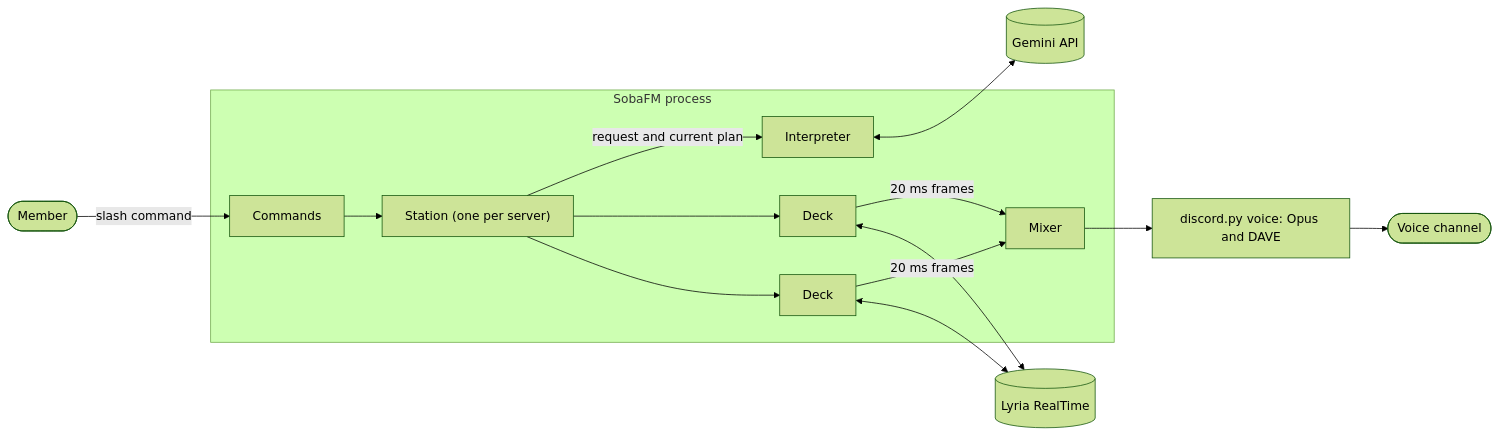
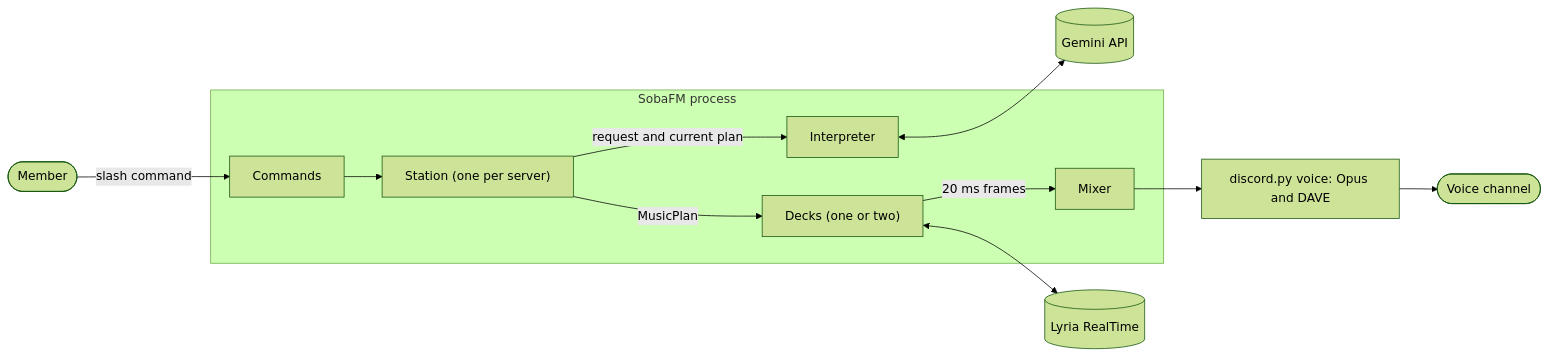
Before and after one commit to slackysoba/sobafm: the diagram in docs/architecture.md, drawn with Mermaid (forest theme).

Commit message:
Simplify the architecture diagram

````diff
--- a/docs/architecture.md
+++ b/docs/architecture.md
@@ -41,17 +41,14 @@
 ```mermaid
 flowchart LR
     member([Member]) -- "slash command" --> commands[Commands]
     subgraph process [SobaFM process]
         commands --> station["Station (one per server)"]
         station -- "request and current plan" --> interpreter[Interpreter]
-        station --> deckA[Deck]
-        station --> deckB[Deck]
-        deckA -- "20 ms frames" --> mixer[Mixer]
-        deckB -- "20 ms frames" --> mixer
+        station -- "MusicPlan" --> decks["Decks (one or two)"]
+        decks -- "20 ms frames" --> mixer[Mixer]
     end
     interpreter <--> gemini[(Gemini API)]
-    deckA <--> lyria[(Lyria RealTime)]
-    deckB <--> lyria
+    decks <--> lyria[(Lyria RealTime)]
     mixer --> voice["discord.py voice: Opus and DAVE"]
     voice --> channel([Voice channel])
 ```
````
